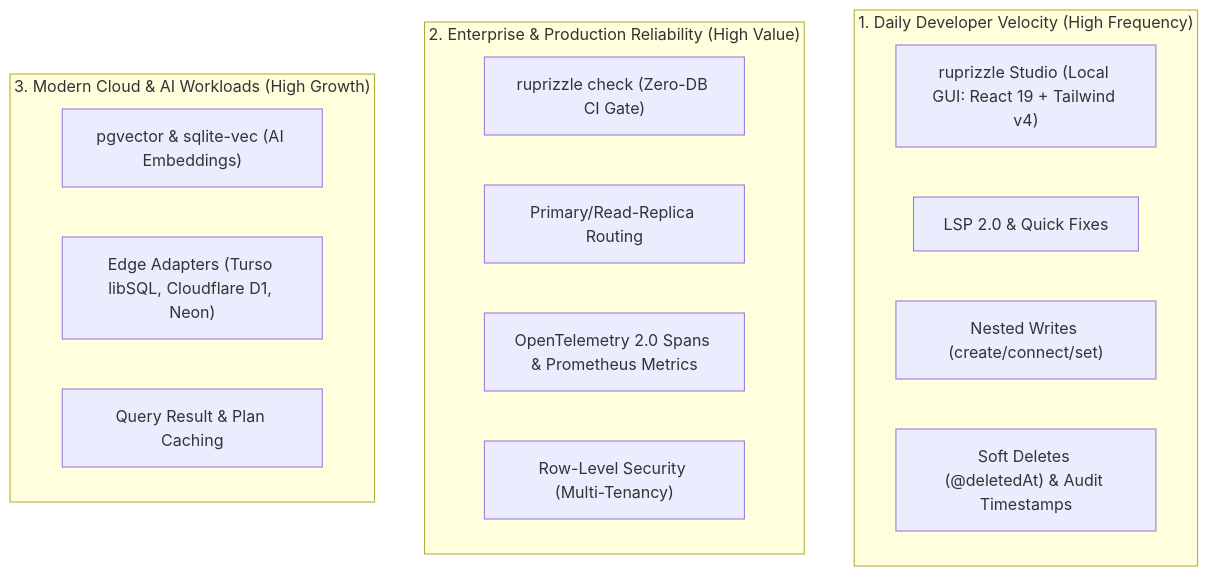
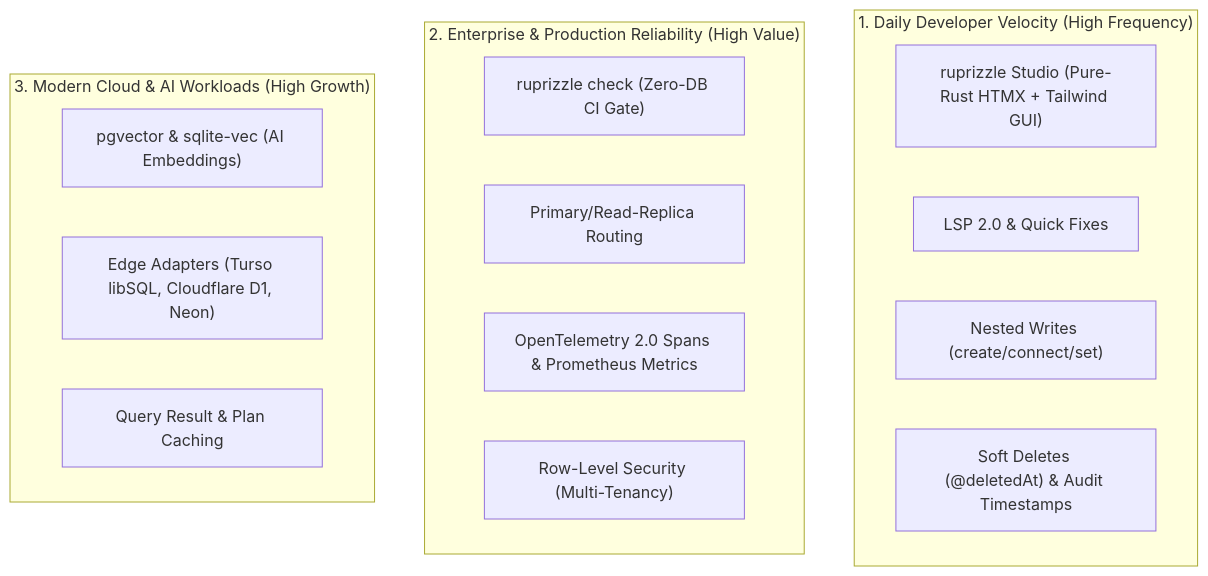
The diagram in ProjectPlan/v2/14_CompetitiveAnalysisAndMarketGains.md (vaibhavgupta9877/ruprizzle-orm), drawn with Mermaid before and after one commit. The commit also changed other lines of this file and 2 other files, not shown here.

Commit message:
docs(plan): modernize Ruprizzle Studio to pure-Rust HTMX and Tailwind architecture

````diff
--- a/ProjectPlan/v2/14_CompetitiveAnalysisAndMarketGains.md
+++ b/ProjectPlan/v2/14_CompetitiveAnalysisAndMarketGains.md
@@ -53,22 +53,22 @@
 ```mermaid
 graph TD
     subgraph "1. Daily Developer Velocity (High Frequency)"
-        F1["ruprizzle Studio (Local GUI: React 19 + Tailwind v4)"]
+        F1["ruprizzle Studio (Pure-Rust HTMX + Tailwind GUI)"]
         F2["LSP 2.0 & Quick Fixes"]
         F3["Nested Writes (create/connect/set)"]
         F4["Soft Deletes (@deletedAt) & Audit Timestamps"]
     end
 
     subgraph "2. Enterprise & Production Reliability (High Value)"
         F5["ruprizzle check (Zero-DB CI Gate)"]
         F6["Primary/Read-Replica Routing"]
         F7["OpenTelemetry 2.0 Spans & Prometheus Metrics"]
         F8["Row-Level Security (Multi-Tenancy)"]
     end
 
     subgraph "3. Modern Cloud & AI Workloads (High Growth)"
         F9["pgvector & sqlite-vec (AI Embeddings)"]
         F10["Edge Adapters (Turso libSQL, Cloudflare D1, Neon)"]
         F11["Query Result & Plan Caching"]
     end
 ```
````
